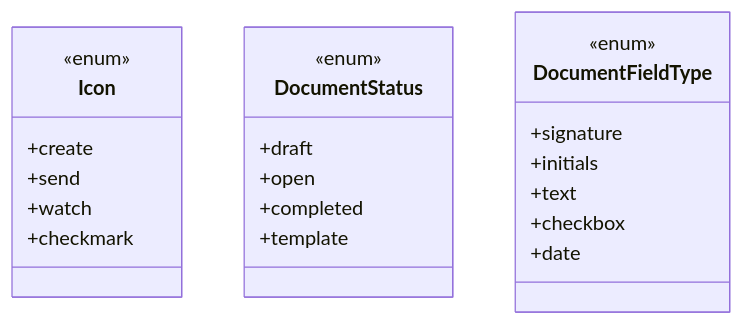
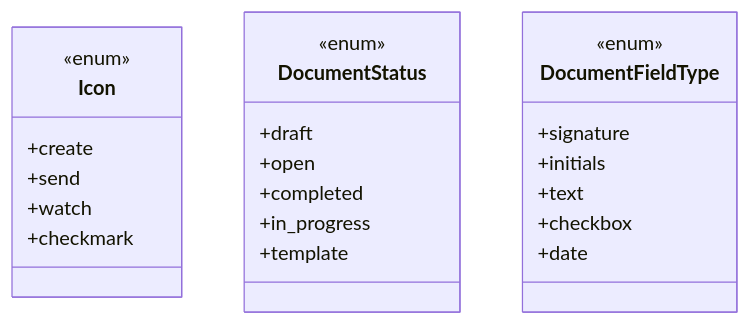
The second of 2 diagrams in system-design/db-schema.md (Jan-Eckerlein/signit), drawn with Mermaid before and after one commit. The commit also changed other lines of this file, not shown here.

First line of the commit message:
Enhance database schema by adding timestamps to signer_document_field_values and updating relationships between signer_document_fields and signer_document_field_values. Introduce new status 'in_progress' for document states to improve tracking and management.</message>

`````diff
--- a/system-design/db-schema.md
+++ b/system-design/db-schema.md
@@ -104,28 +112,29 @@
 ````mermaid
 classDiagram
     class Icon {
         <<enum>>
         +create
         +send
         +watch
         +checkmark
     }
 
     class DocumentStatus {
         <<enum>>
         +draft
         +open
         +completed
+        +in_progress
         +template
     }
 
     class DocumentFieldType {
         <<enum>>
         +signature
         +initials
         +text
         +checkbox
         +date
     }
-	```
+```
 ````
`````
